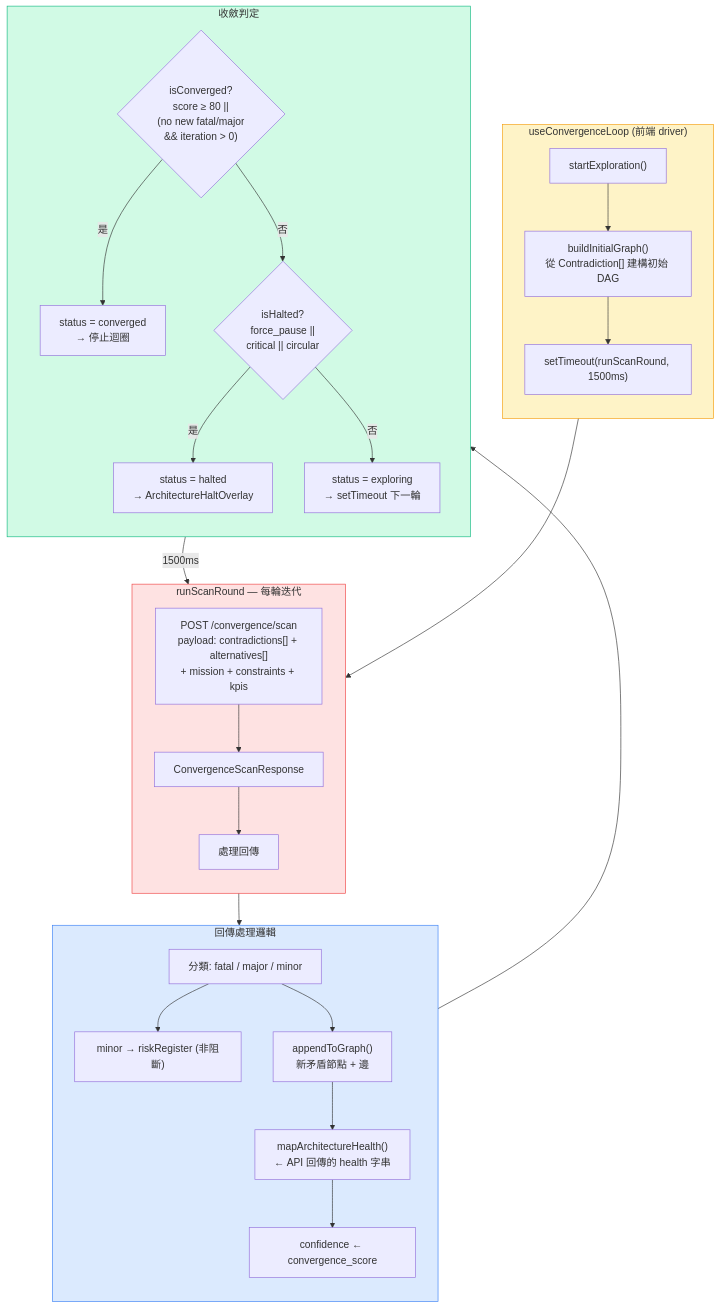
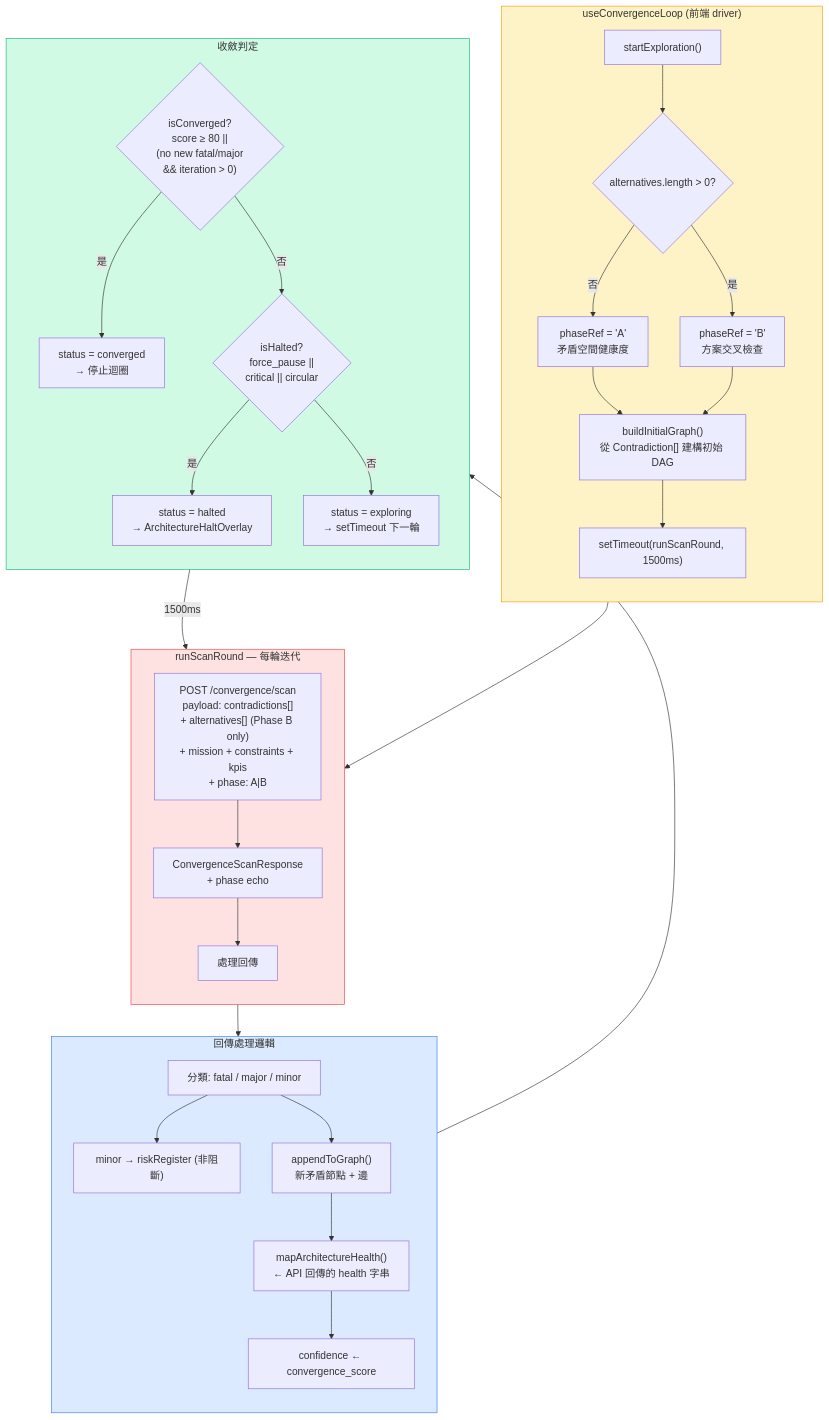
One commit to JIA-HONG-CHU/design-copilot-blueprint changed the third of 5 diagrams in docs/diagrams/triz-to-scamper-flow.md. Above: the diagram before and after it, drawn with Mermaid. The commit also changed other lines of this file and 7 other files, not shown here.

First line of the commit message:
feat: two-phase convergence scan — Phase A (contradiction-only) + Phase B (full cross-check)

````diff
--- a/docs/diagrams/triz-to-scamper-flow.md
+++ b/docs/diagrams/triz-to-scamper-flow.md
@@ -165,52 +172,58 @@
 ```mermaid
 flowchart TB
     subgraph DRIVER["useConvergenceLoop (前端 driver)"]
         direction TB
         START["startExploration()"]
+        DETECT{"alternatives.length > 0?"}
+        PHASE_A["phaseRef = 'A'<br/>矛盾空間健康度"]
+        PHASE_B["phaseRef = 'B'<br/>方案交叉檢查"]
         BUILD["buildInitialGraph()<br/>從 Contradiction[] 建構初始 DAG"]
         SCHEDULE["setTimeout(runScanRound, 1500ms)"]
-        START --> BUILD --> SCHEDULE
+        START --> DETECT
+        DETECT -->|"否"| PHASE_A --> BUILD
+        DETECT -->|"是"| PHASE_B --> BUILD
+        BUILD --> SCHEDULE
     end
 
     subgraph API_CALL["runScanRound — 每輪迭代"]
         direction TB
-        REQ["POST /convergence/scan<br/>payload: contradictions[] + alternatives[]<br/>+ mission + constraints + kpis"]
-        RES["ConvergenceScanResponse"]
+        REQ["POST /convergence/scan<br/>payload: contradictions[]<br/>+ alternatives[] (Phase B only)<br/>+ mission + constraints + kpis<br/>+ phase: A|B"]
+        RES["ConvergenceScanResponse<br/>+ phase echo"]
         PROCESS["處理回傳"]
         REQ --> RES --> PROCESS
     end
 
     subgraph PROCESS_DETAIL["回傳處理邏輯"]
         direction TB
         P1["分類: fatal / major / minor"]
         P2["minor → riskRegister (非阻斷)"]
         P3["appendToGraph()<br/>新矛盾節點 + 邊"]
         P4["mapArchitectureHealth()<br/>← API 回傳的 health 字串"]
         P5["confidence ← convergence_score"]
         P1 --> P2
         P1 --> P3
         P3 --> P4 --> P5
     end
 
     subgraph DECIDE["收斂判定"]
         direction TB
         D1{"isConverged?<br/>score ≥ 80 ||<br/>(no new fatal/major<br/>&& iteration > 0)"}
         D2{"isHalted?<br/>force_pause ||<br/>critical || circular"}
         D3["status = converged<br/>→ 停止迴圈"]
         D4["status = halted<br/>→ ArchitectureHaltOverlay"]
         D5["status = exploring<br/>→ setTimeout 下一輪"]
         D1 -->|"是"| D3
         D1 -->|"否"| D2
         D2 -->|"是"| D4
         D2 -->|"否"| D5
         D5 -->|"1500ms"| REQ
     end
 
     SCHEDULE --> REQ
     PROCESS --> PROCESS_DETAIL --> DECIDE
 
     style DRIVER fill:#FEF3C7,stroke:#F59E0B
     style API_CALL fill:#FEE2E2,stroke:#EF4444
     style PROCESS_DETAIL fill:#DBEAFE,stroke:#3B82F6
     style DECIDE fill:#D1FAE5,stroke:#10B981
 ```
````
